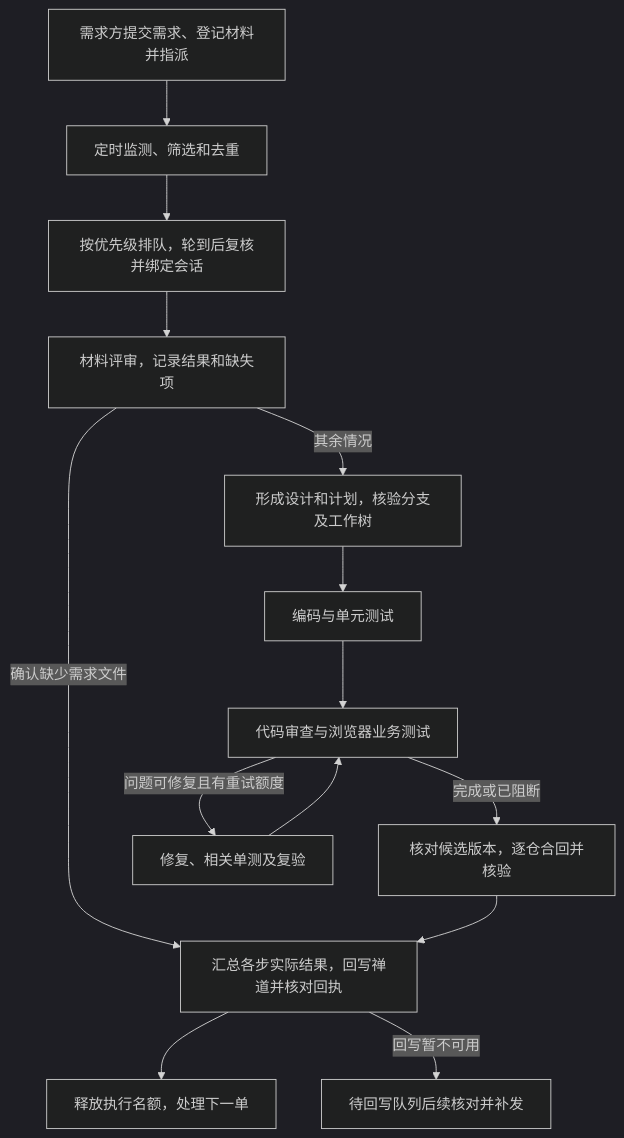
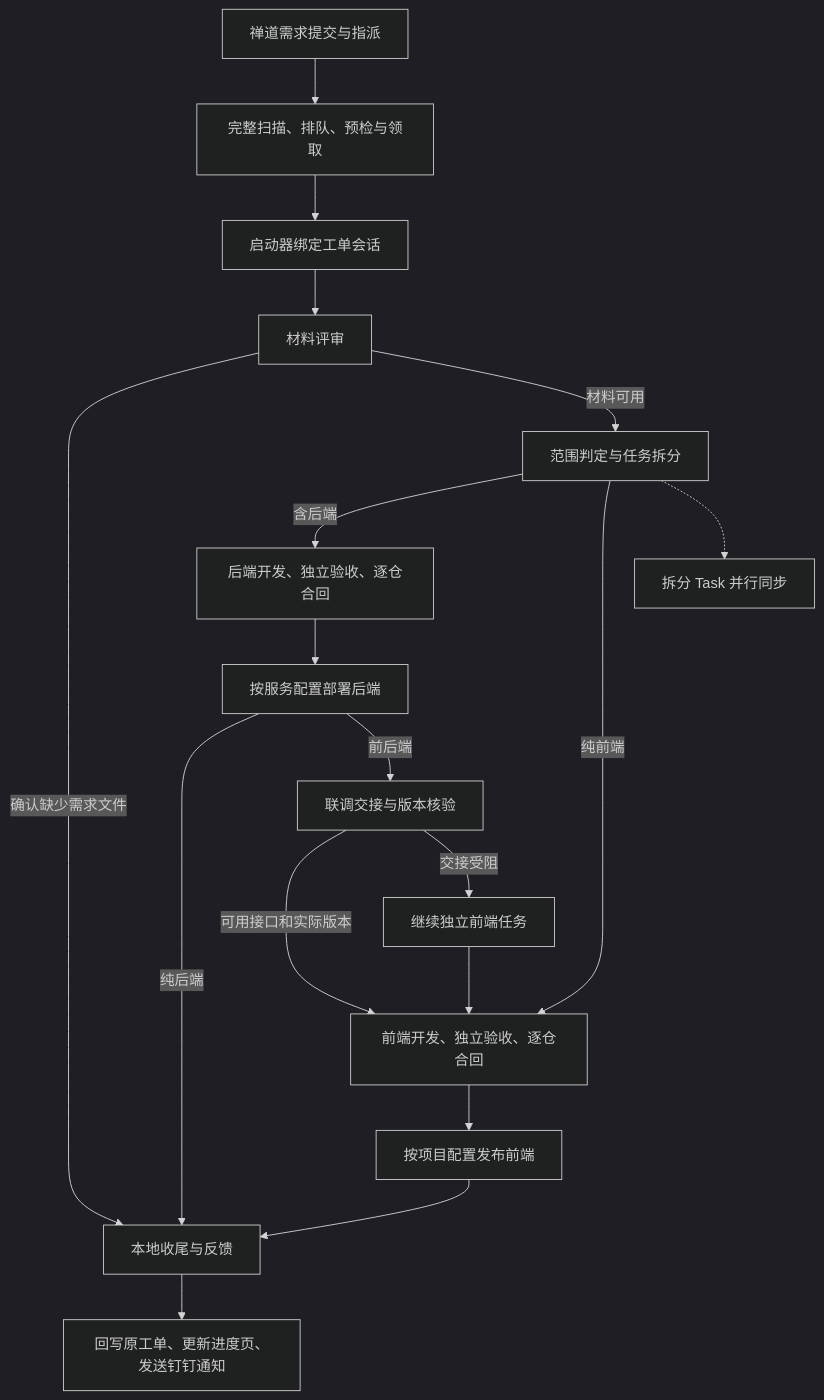
The diagram in docs/完整的设计实现整理.md (hewenchun1314/RealtimeMonitoringandMultiwarehouseCollaboration), drawn with Mermaid (dark theme) before and after one commit. The commit also changed other lines of this file and 6 other files, not shown here.

````diff
--- a/docs/完整的设计实现整理.md
+++ b/docs/完整的设计实现整理.md
@@ -61,16 +9,20 @@
 ```mermaid
 flowchart TD
-    A[需求方提交需求、登记材料并指派] --> B[定时监测、筛选和去重]
-    B --> C[按优先级排队，轮到后复核并绑定会话]
-    C --> D[材料评审，记录结果和缺失项]
-    D -->|确认缺少需求文件| K
-    D -->|其余情况| E[形成设计和计划，核验分支及工作树]
-    E --> F[编码与单元测试]
-    F --> G[代码审查与浏览器业务测试]
-    G -->|完成或已阻断| H[核对候选版本，逐仓合回并核验]
-    G -->|问题可修复且有重试额度| R[修复、相关单测及复验]
-    R --> G
-    H --> K[汇总各步实际结果，回写禅道并核对回执]
-    K --> L[释放执行名额，处理下一单]
-    K -->|回写暂不可用| Q[待回写队列后续核对并补发]
+    A[禅道需求提交与指派] --> B[完整扫描、排队、预检与领取]
+    B --> C[启动器绑定工单会话]
+    C --> D[材料评审]
+    D -->|确认缺少需求文件| K[本地收尾与反馈]
+    D -->|材料可用| E[范围判定与任务拆分]
+    E -->|含后端| F[后端开发、独立验收、逐仓合回]
+    F --> G[按服务配置部署后端]
+    G -->|纯后端| K
+    G -->|前后端| H[联调交接与版本核验]
+    H -->|可用接口和实际版本| I[前端开发、独立验收、逐仓合回]
+    H -->|交接受阻| I2[继续独立前端任务]
+    E -->|纯前端| I
+    I2 --> I
+    I --> J[按项目配置发布前端]
+    J --> K
+    E -.-> T[拆分 Task 并行同步]
+    K --> Z[回写原工单、更新进度页、发送钉钉通知]
 ```
````
